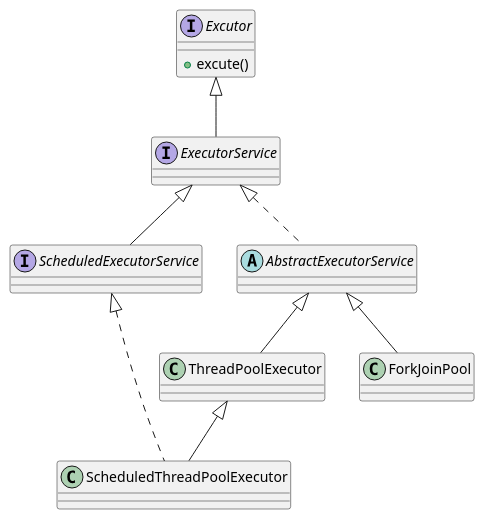
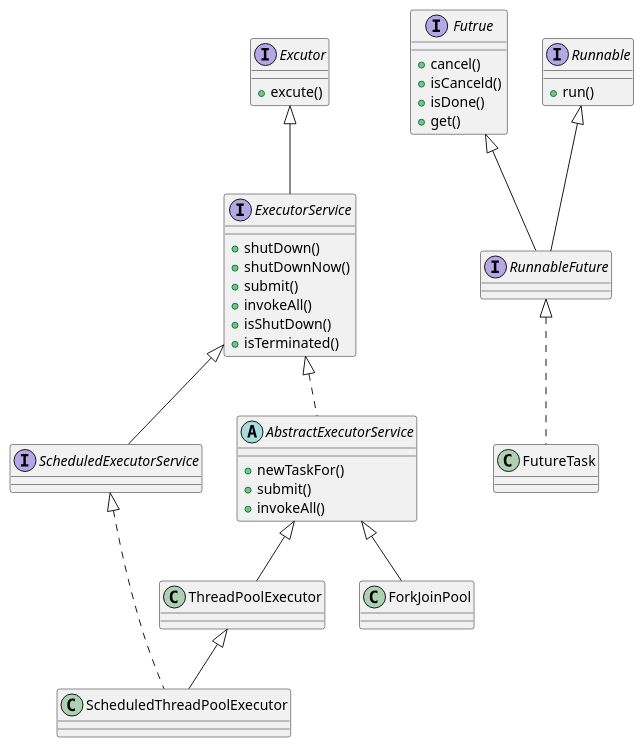
Before and after one commit to DengyuKing/blog: the diagram in java/uml/线程池.wsd, drawn with PlantUML. The commit also changed 2 other files, not shown here.

```diff
--- a/java/uml/线程池.wsd
+++ b/java/uml/线程池.wsd
@@ -1,39 +1,75 @@
 @startuml
 
 interface Excutor{
     +excute()
 }
 interface ExecutorService{
+    + shutDown()
+    + shutDownNow()
+    + submit()
+    + invokeAll()
+    + isShutDown()
+    + isTerminated()
 
 }
 Excutor <|--ExecutorService
 
 interface ScheduledExecutorService{
 
 }
 ExecutorService<|-- ScheduledExecutorService
 abstract AbstractExecutorService {
+    + newTaskFor()
+    + submit()
+    + invokeAll()
 
 }
 ExecutorService<|.. AbstractExecutorService
 
 
 
 class ThreadPoolExecutor{
 
 }
 AbstractExecutorService <|--ThreadPoolExecutor
 
 class ForkJoinPool{
 
 }
 AbstractExecutorService<|-- ForkJoinPool
 
 class ScheduledThreadPoolExecutor{
 
 }
 ThreadPoolExecutor<|--ScheduledThreadPoolExecutor
 ScheduledExecutorService<|..ScheduledThreadPoolExecutor
 
+' future
+
+interface Futrue {
+    + cancel()
+    + isCanceld()
+    + isDone()
+    + get()
+}
+
+interface Runnable{
+    + run()
+}
+
+interface RunnableFuture{
+
+}
+' java 接口多继承
+Futrue<|-- RunnableFuture
+Runnable<|-- RunnableFuture
+
+class FutureTask{
+
+}
+
+RunnableFuture<|.. FutureTask
+
+
 
 @enduml
```
